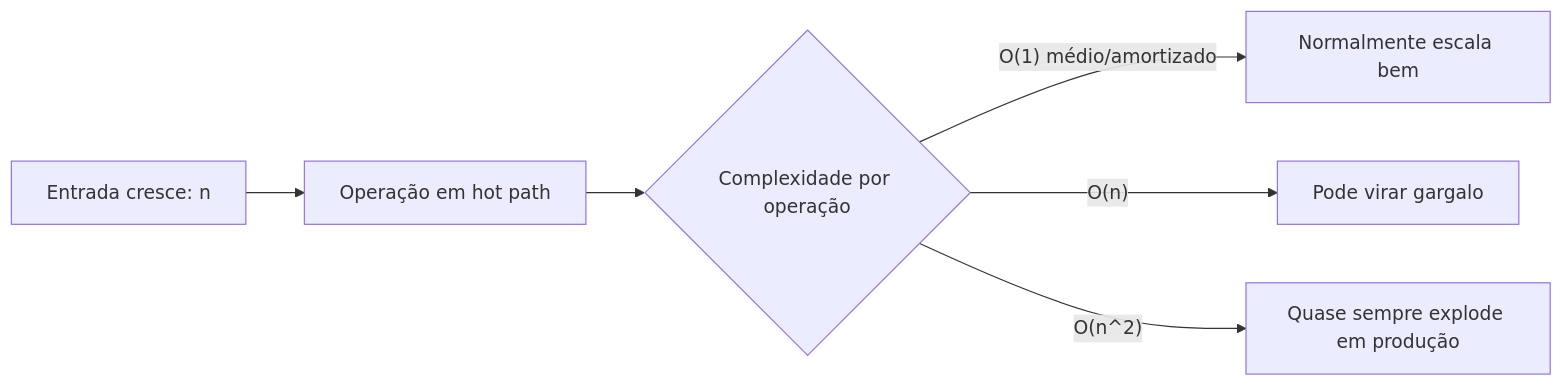
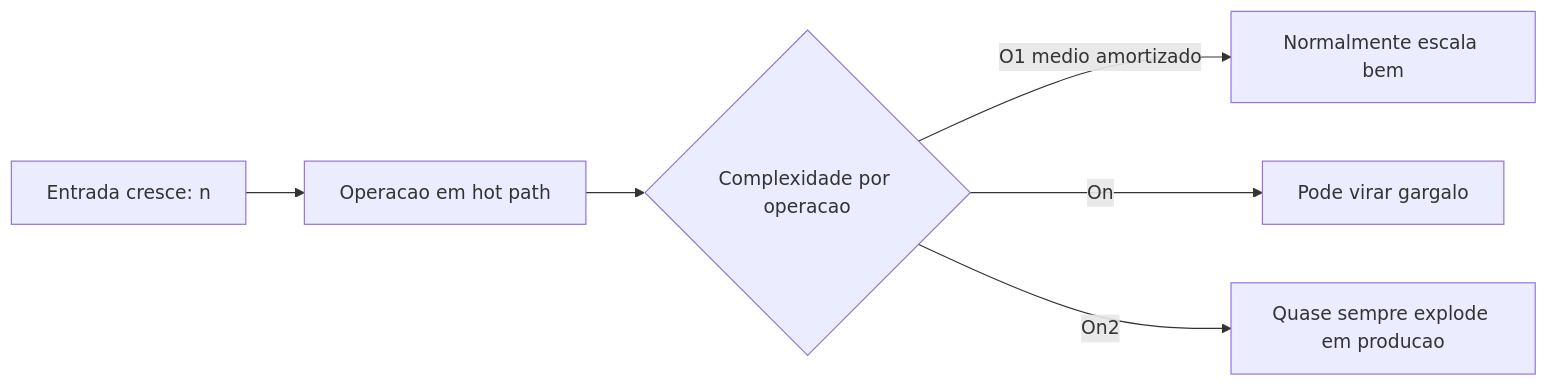
Before and after one commit to rafaelluisdacostacoelho/software-engineering-study: the second of 2 diagrams in book/data-structure/data-structures-algorithms-overview.md, drawn with Mermaid. The commit also changed other lines of this file and 2 other files, not shown here.

Commit message:
Refactor documentation: Improve clarity of Mermaid diagrams in Arrays, Strings, and Stacks & Queues sections by enhancing descriptions and consistency.

````diff
--- a/book/data-structure/data-structures-algorithms-overview.md
+++ b/book/data-structure/data-structures-algorithms-overview.md
@@ -72,8 +72,8 @@
 ```mermaid
 graph LR
-S[Entrada cresce: n] --> P[Operação em hot path]
-P --> Q{Complexidade por operação}
-Q -- O(1) médio/amortizado --> R[Normalmente escala bem]
-Q -- O(n) --> T[Pode virar gargalo]
-Q -- O(n^2) --> U[Quase sempre explode em produção]
+S[Entrada cresce: n] --> P[Operacao em hot path]
+P --> Q{Complexidade por operacao}
+Q -- O1 medio amortizado --> R[Normalmente escala bem]
+Q -- On --> T[Pode virar gargalo]
+Q -- On2 --> U[Quase sempre explode em producao]
 ```
````
